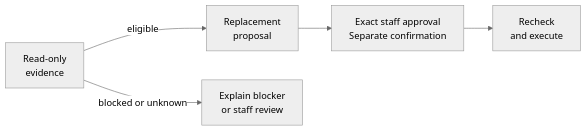
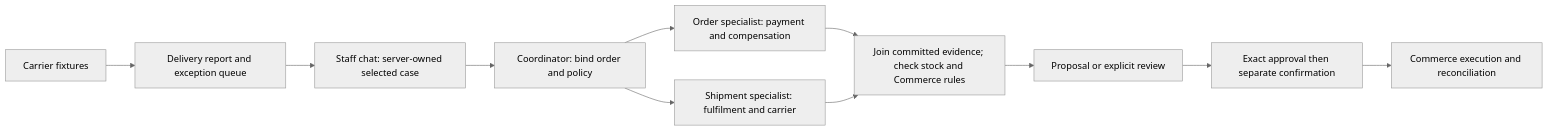
The diagram in README.md (richardcheam/decisionops), drawn with Mermaid (neutral theme) before and after one commit. The commit also changed other lines of this file and 25 other files, not shown here.

````diff
--- a/README.md
+++ b/README.md
@@ -8,7 +9,13 @@
 ```mermaid
 flowchart LR
-    E[Read-only<br/>evidence] -->|eligible| P[Replacement<br/>proposal]
-    E -->|blocked or unknown| R[Explain blocker<br/>or staff review]
-    P --> A[Exact staff approval<br/>Separate confirmation]
-    A --> X[Recheck<br/>and execute]
+  C[Carrier fixtures] --> D[Delivery report and exception queue]
+  D --> S[Staff chat: server-owned selected case]
+  S --> B[Coordinator: bind order and policy]
+  B --> O[Order specialist: payment and compensation]
+  B --> H[Shipment specialist: fulfilment and carrier]
+  O --> J[Join committed evidence; check stock and Commerce rules]
+  H --> J
+  J --> R[Proposal or explicit review]
+  R --> A[Exact approval then separate confirmation]
+  A --> E[Commerce execution and reconciliation]
 ```
````
